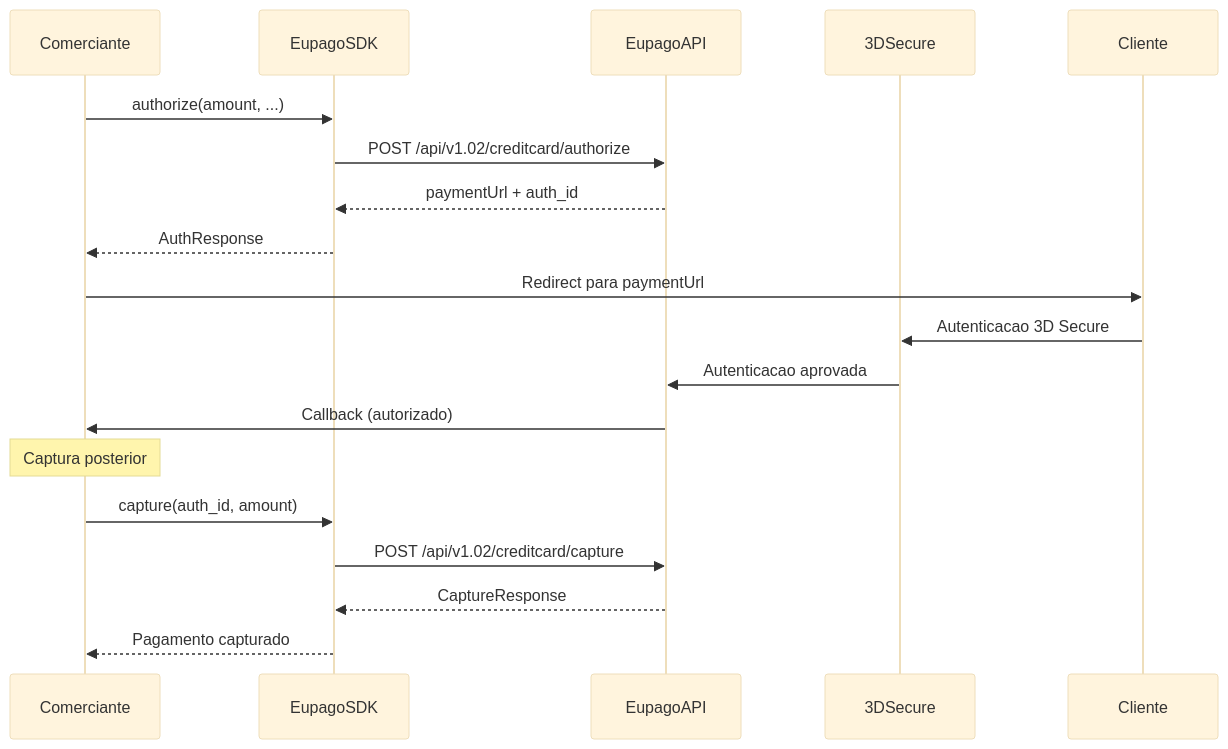
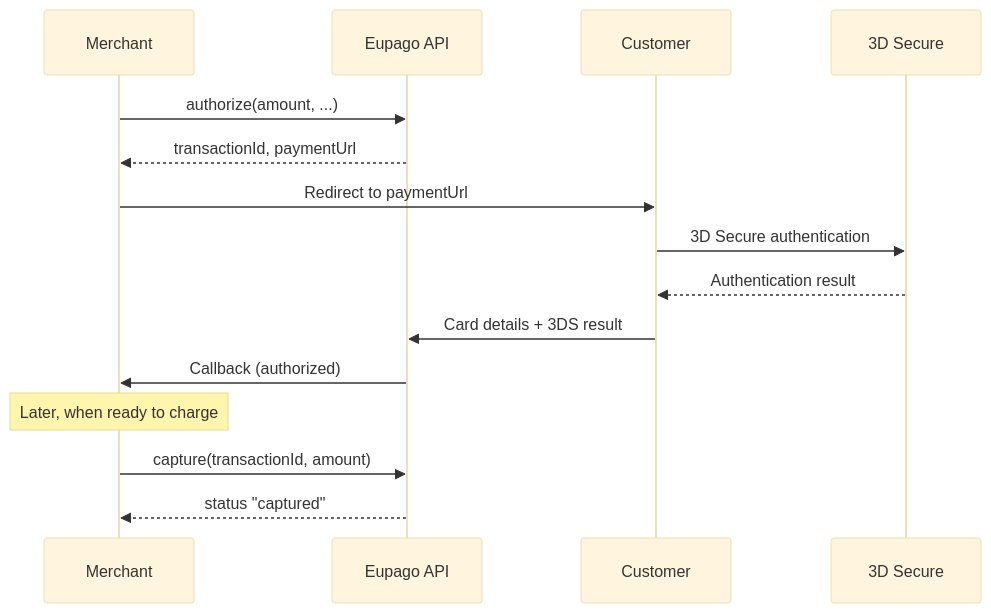
The second of 3 diagrams in docs/payments/credit-card.md (bilouro/eupago-python), drawn with Mermaid (base theme) before and after one commit. The commit also changed other lines of this file and 50 other files, not shown here.

````diff
--- a/docs/payments/credit-card.md
+++ b/docs/payments/credit-card.md
@@ -43,24 +38,18 @@
 ```mermaid
 sequenceDiagram
-    participant Comerciante
-    participant EupagoSDK
-    participant EupagoAPI
-    participant 3DSecure
-    participant Cliente
+    participant Merchant
+    participant EupagoAPI as Eupago API
+    participant Customer
+    participant Bank as 3D Secure
 
-    Comerciante->>EupagoSDK: authorize(amount, ...)
-    EupagoSDK->>EupagoAPI: POST /api/v1.02/creditcard/authorize
-    EupagoAPI-->>EupagoSDK: paymentUrl + auth_id
-    EupagoSDK-->>Comerciante: AuthResponse
-
-    Comerciante->>Cliente: Redirect para paymentUrl
-    Cliente->>3DSecure: Autenticacao 3D Secure
-    3DSecure->>EupagoAPI: Autenticacao aprovada
-    EupagoAPI->>Comerciante: Callback (autorizado)
-
-    note over Comerciante: Captura posterior
-    Comerciante->>EupagoSDK: capture(auth_id, amount)
-    EupagoSDK->>EupagoAPI: POST /api/v1.02/creditcard/capture
-    EupagoAPI-->>EupagoSDK: CaptureResponse
-    EupagoSDK-->>Comerciante: Pagamento capturado
+    Merchant->>EupagoAPI: authorize(amount, ...)
+    EupagoAPI-->>Merchant: transactionId, paymentUrl
+    Merchant->>Customer: Redirect to paymentUrl
+    Customer->>Bank: 3D Secure authentication
+    Bank-->>Customer: Authentication result
+    Customer->>EupagoAPI: Card details + 3DS result
+    EupagoAPI->>Merchant: Callback (authorized)
+    Note over Merchant: Later, when ready to charge
+    Merchant->>EupagoAPI: capture(transactionId, amount)
+    EupagoAPI-->>Merchant: status "captured"
 ```
````
